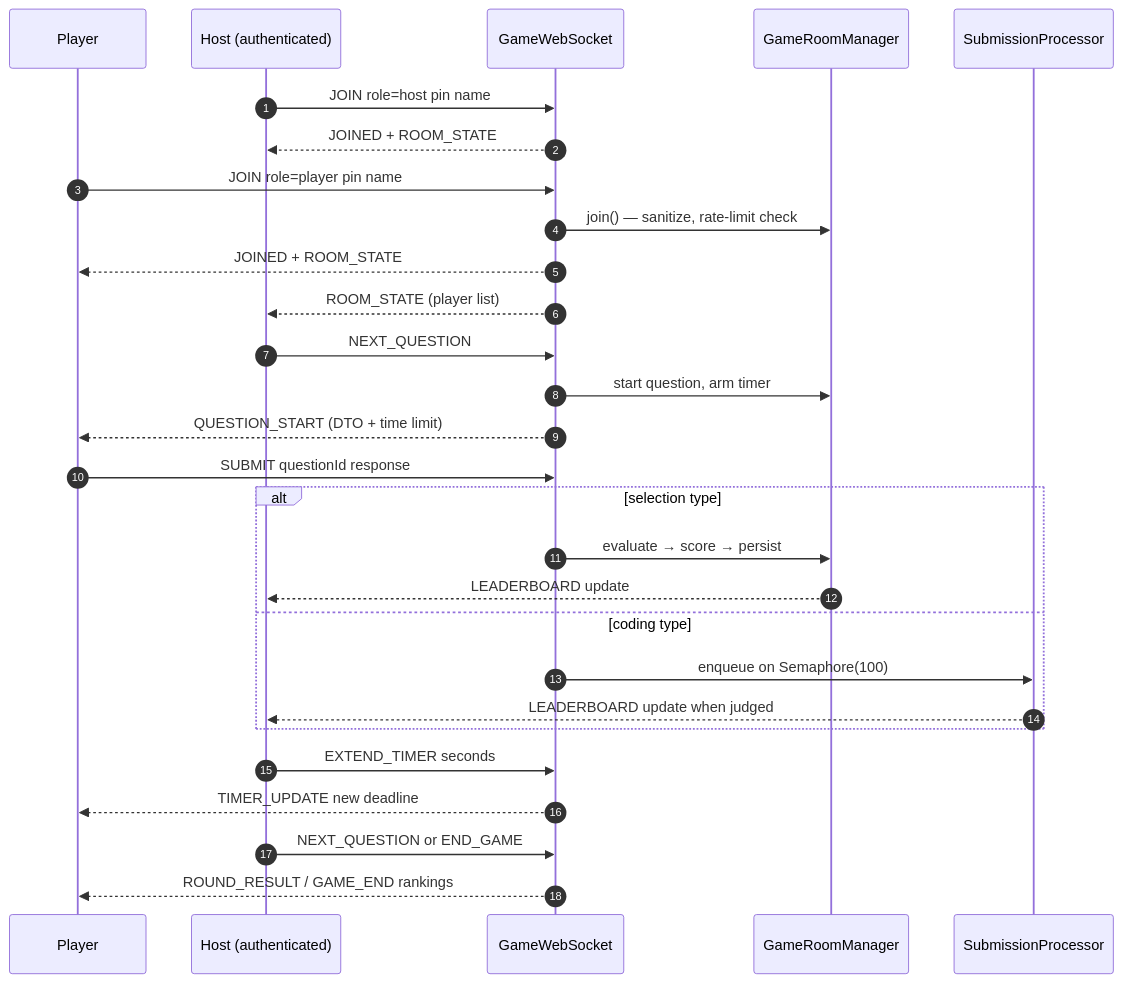
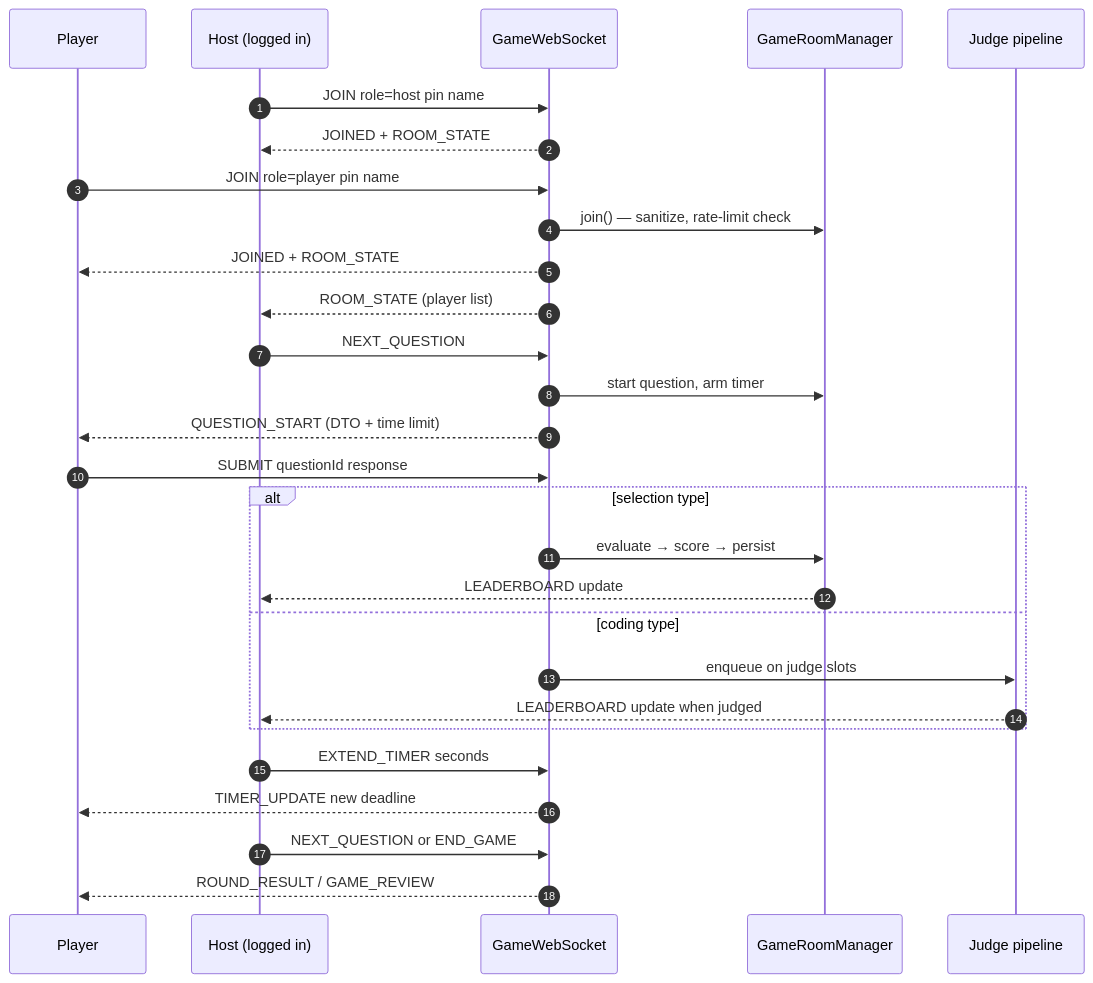
One commit to richie-rich90454/SprintJudge changed the second of 3 diagrams in docs/websocket-protocol.md. Above: the diagram before and after it, drawn with Mermaid. The commit also changed other lines of this file, not shown here.

Commit message:
fix(docs): full message catalog and flows in protocol

````diff
--- a/docs/websocket-protocol.md
+++ b/docs/websocket-protocol.md
@@ -7,31 +30,31 @@
 ```mermaid
 sequenceDiagram
     autonumber
     participant PL as Player
-    participant HO as Host (authenticated)
+    participant HO as Host (logged in)
     participant WS as GameWebSocket
     participant RM as GameRoomManager
-    participant SP as SubmissionProcessor
+    participant SP as Judge pipeline
 
     HO->>WS: JOIN role=host pin name
     WS-->>HO: JOINED + ROOM_STATE
     PL->>WS: JOIN role=player pin name
     WS->>RM: join() — sanitize, rate-limit check
     WS-->>PL: JOINED + ROOM_STATE
     WS-->>HO: ROOM_STATE (player list)
     HO->>WS: NEXT_QUESTION
     WS->>RM: start question, arm timer
     WS-->>PL: QUESTION_START (DTO + time limit)
     PL->>WS: SUBMIT questionId response
     alt selection type
         WS->>RM: evaluate → score → persist
         RM-->>HO: LEADERBOARD update
     else coding type
-        WS->>SP: enqueue on Semaphore(100)
+        WS->>SP: enqueue on judge slots
         SP-->>HO: LEADERBOARD update when judged
     end
     HO->>WS: EXTEND_TIMER seconds
     WS-->>PL: TIMER_UPDATE new deadline
     HO->>WS: NEXT_QUESTION or END_GAME
-    WS-->>PL: ROUND_RESULT / GAME_END rankings
+    WS-->>PL: ROUND_RESULT / GAME_REVIEW
 ```
````
